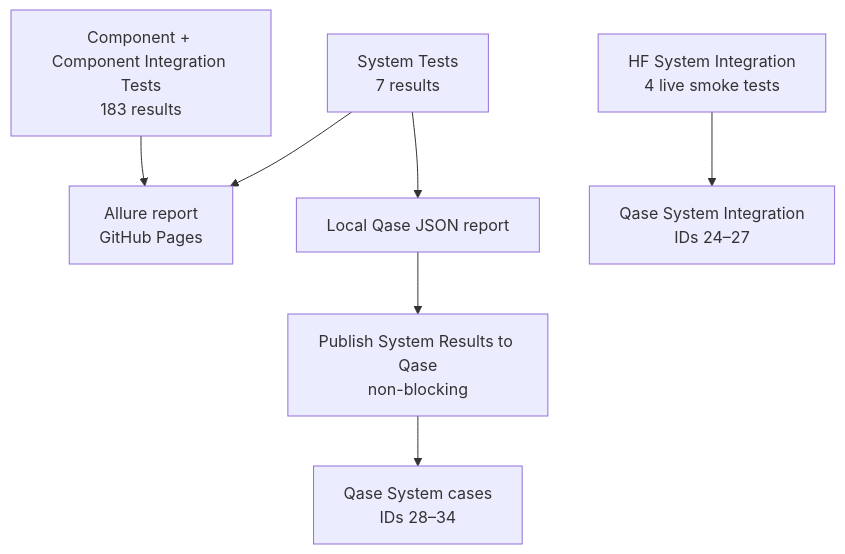
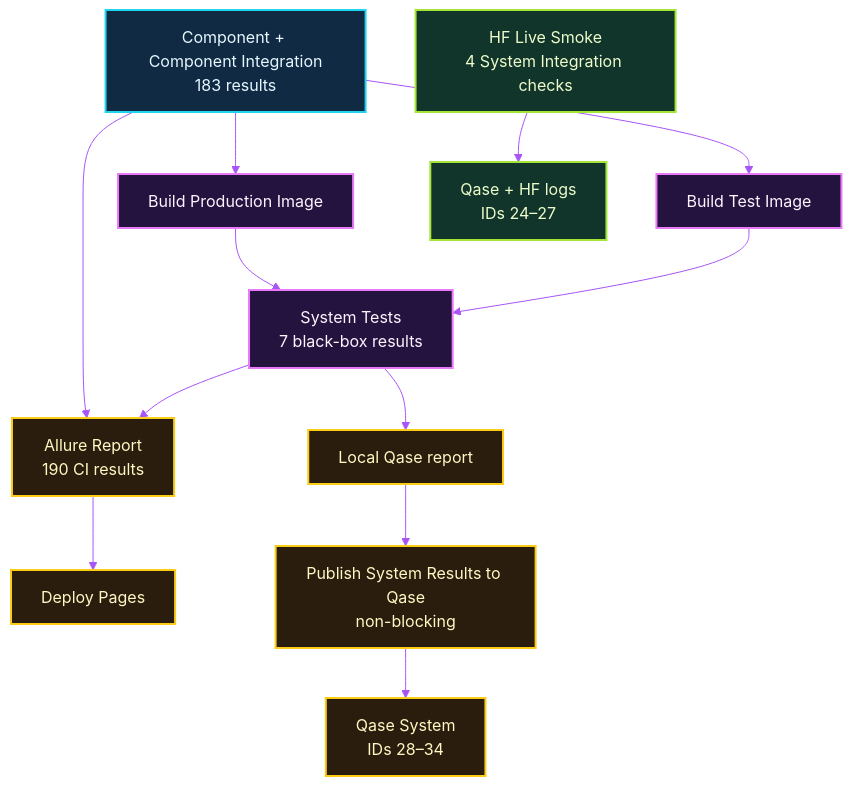
The third of 3 diagrams in docs/TESTING.md (michalmarczuk/event-agent), drawn with Mermaid before and after one commit. The commit also changed other lines of this file and 11 other files, not shown here.

Commit message:
Replace architecture PNGs with maintainable Mermaid diagrams

````diff
--- a/docs/TESTING.md
+++ b/docs/TESTING.md
@@ -88,9 +112,26 @@
 ```mermaid
+%%{init: {'theme': 'base', 'themeVariables': {'background': '#07111f', 'primaryColor': '#102a43', 'primaryTextColor': '#e6f7ff', 'primaryBorderColor': '#22d3ee', 'secondaryColor': '#25133f', 'tertiaryColor': '#12352b', 'lineColor': '#a855f7', 'fontFamily': 'ui-sans-serif, system-ui'}}}%%
 flowchart TB
-    ci["Component + Component Integration Tests\n183 results"] --> allure["Allure report\nGitHub Pages"]
-    system["System Tests\n7 results"] --> allure
-    system --> local["Local Qase JSON report"]
+    component["Component + Component Integration\n183 results"] --> production["Build Production Image"]
+    component --> test_image["Build Test Image"]
+    production --> system["System Tests\n7 black-box results"]
+    test_image --> system
+    component --> allure["Allure Report\n190 CI results"]
+    system --> allure
+    allure --> pages["Deploy Pages"]
+
+    system --> local["Local Qase report"]
     local --> publish["Publish System Results to Qase\nnon-blocking"]
-    publish --> qase["Qase System cases\nIDs 28–34"]
-    hf["HF System Integration\n4 live smoke tests"] --> qase_live["Qase System Integration\nIDs 24–27"]
+    publish --> qase["Qase System\nIDs 28–34"]
+
+    hf["HF Live Smoke\n4 System Integration checks"] --> qase_live["Qase + HF logs\nIDs 24–27"]
+
+    classDef ci fill:#102a43,stroke:#22d3ee,color:#e6f7ff,stroke-width:2px;
+    classDef image fill:#25133f,stroke:#e879f9,color:#fdf4ff,stroke-width:2px;
+    classDef report fill:#2b1d0e,stroke:#facc15,color:#fef9c3,stroke-width:2px;
+    classDef live fill:#12352b,stroke:#a3e635,color:#ecfccb,stroke-width:2px;
+    class component ci;
+    class production,test_image,system image;
+    class allure,pages,local,publish,qase report;
+    class hf,qase_live live;
 ```
````
